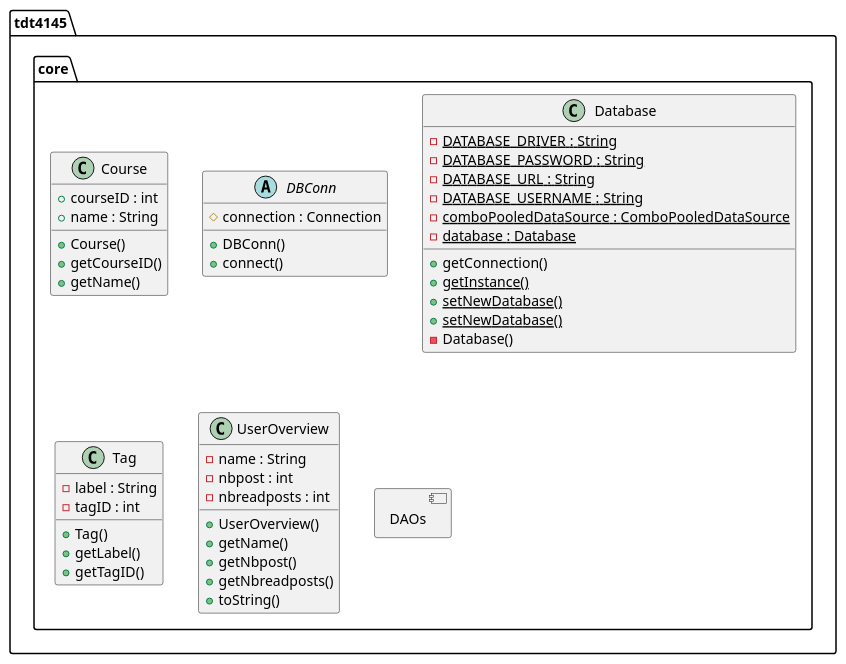
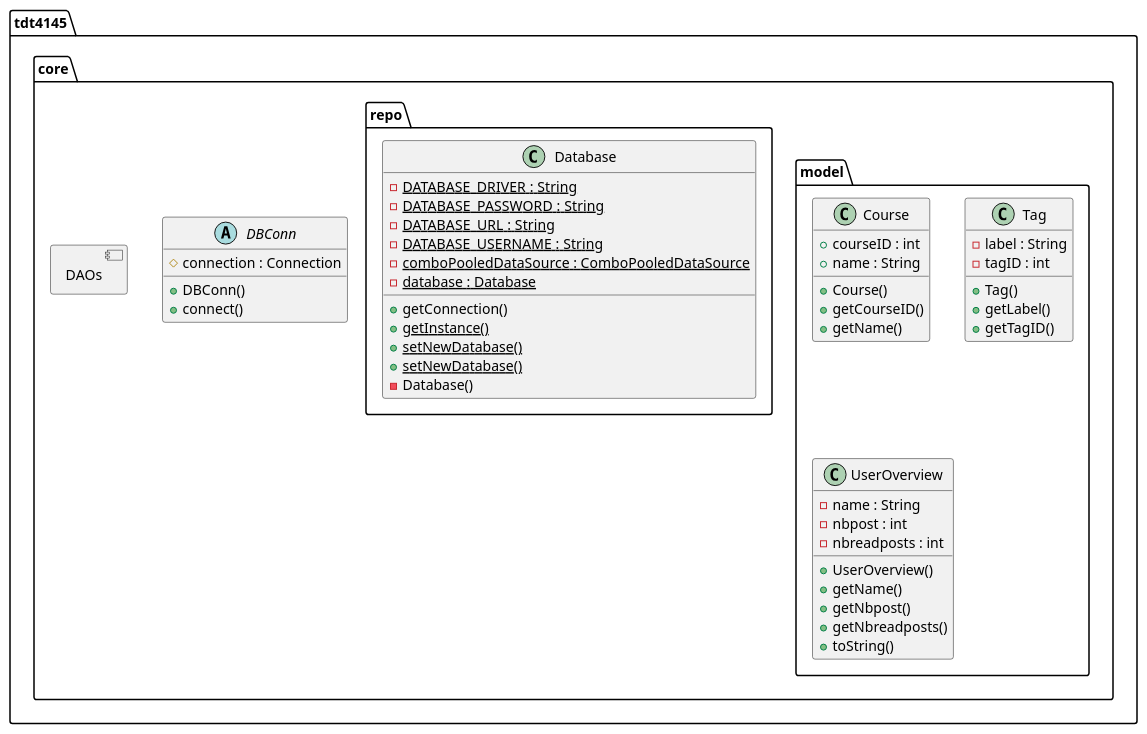
One commit to StefanTomic-NTNU/piazza changed the diagram in documentation/UML/core.plantuml. Above: the diagram before and after it, drawn with PlantUML. The commit also changed 18 other files, not shown here.

```diff
--- a/documentation/UML/core.plantuml
+++ b/documentation/UML/core.plantuml
@@ -1,68 +1,68 @@
 @startuml
 allow_mixing
 
   namespace tdt4145.core {
-      class tdt4145.core.Course {
+      class tdt4145.core.model.Course {
           + courseID : int
           + name : String
           + Course()
           + getCourseID()
           + getName()
       }
     }
 
 
     namespace tdt4145.core {
       abstract class tdt4145.core.DBConn {
           # connection : Connection
           + DBConn()
           + connect()
       }
     }
 
 
     namespace tdt4145.core {
-      class tdt4145.core.Database {
+      class tdt4145.core.repo.Database {
           {static} - DATABASE_DRIVER : String
           {static} - DATABASE_PASSWORD : String
           {static} - DATABASE_URL : String
           {static} - DATABASE_USERNAME : String
           {static} - comboPooledDataSource : ComboPooledDataSource
           {static} - database : Database
           + getConnection()
           {static} + getInstance()
           {static} + setNewDatabase()
           {static} + setNewDatabase()
           - Database()
       }
     }
 
 
     namespace tdt4145.core {
-      class tdt4145.core.Tag {
+      class tdt4145.core.model.Tag {
           - label : String
           - tagID : int
           + Tag()
           + getLabel()
           + getTagID()
       }
     }
 
 
     namespace tdt4145.core {
-      class tdt4145.core.UserOverview {
+      class tdt4145.core.model.UserOverview {
           - name : String
           - nbpost : int
           - nbreadposts : int
           + UserOverview()
           + getName()
           + getNbpost()
           + getNbreadposts()
           + toString()
       }
     }
 
   namespace tdt4145.core {
         component DAOs
     }
 @enduml
```
